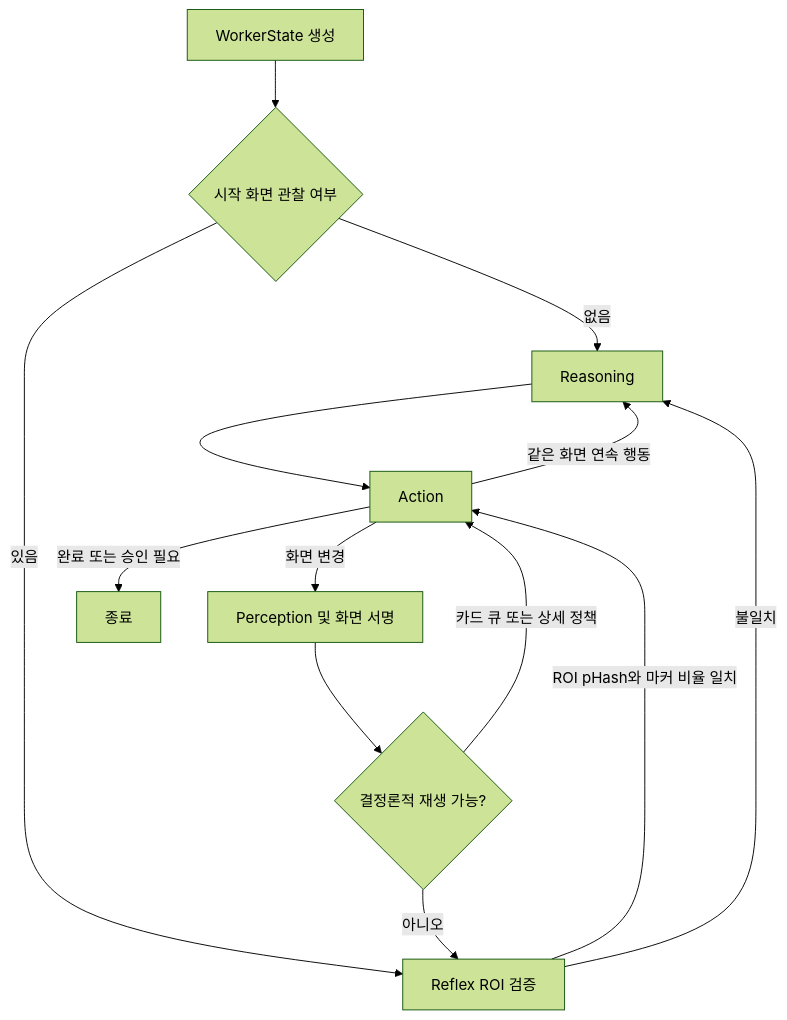
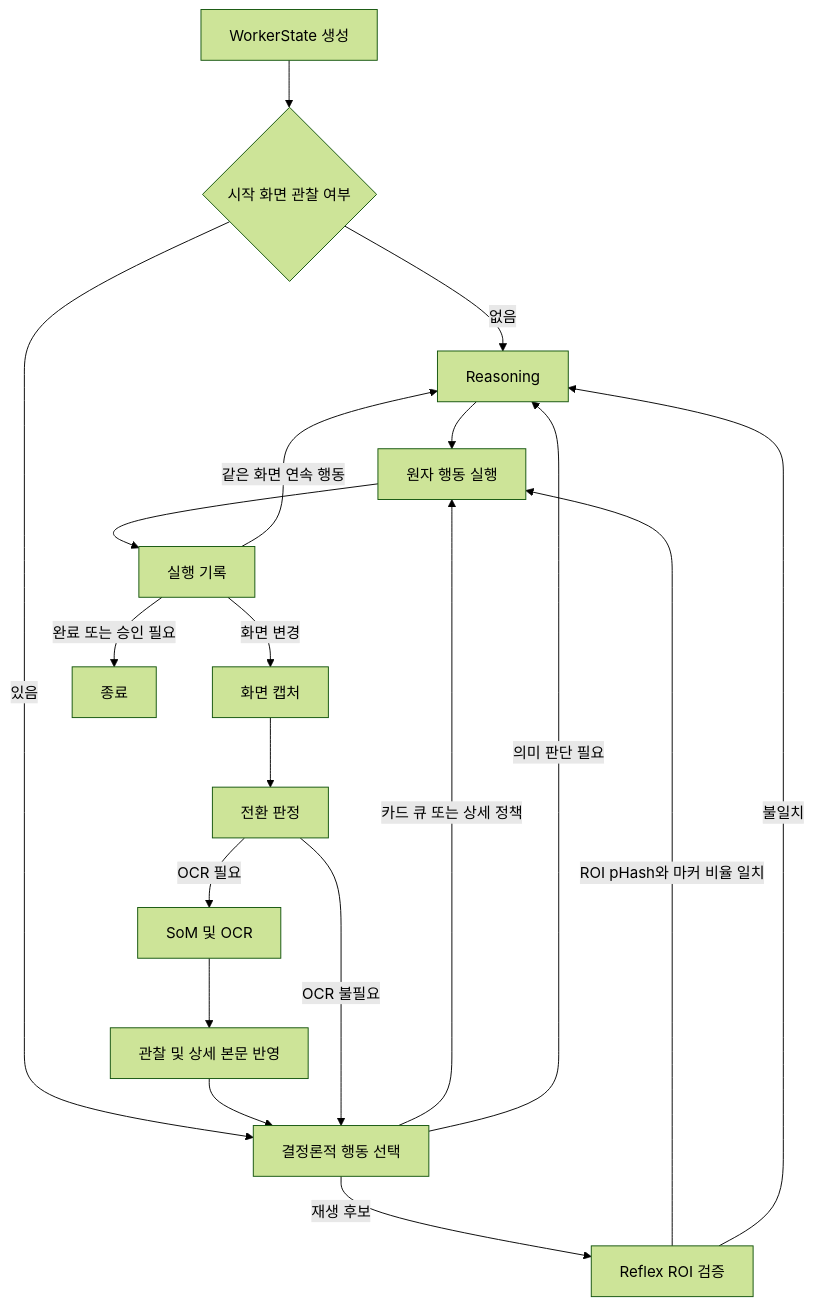
Before and after one commit to Dreamtreeme/L2C: the second of 2 diagrams in ARCHITECTURE.md, drawn with Mermaid (forest theme). The commit also changed other lines of this file and 157 other files, not shown here.

````diff
--- a/ARCHITECTURE.md
+++ b/ARCHITECTURE.md
@@ -48,15 +49,21 @@
 ```mermaid
 flowchart TD
     S[WorkerState 생성] --> START{시작 화면 관찰 여부}
     START -->|없음| REASON[Reasoning]
-    START -->|있음| REFLEX[Reflex ROI 검증]
-    PERCEPTION[Perception 및 화면 서명] --> POLICY{결정론적 재생 가능?}
-    POLICY -->|카드 큐 또는 상세 정책| ACTION[Action]
-    POLICY -->|아니오| REFLEX
+    START -->|있음| SELECT[결정론적 행동 선택]
+    CAPTURE[화면 캡처] --> TRANSITION[전환 판정]
+    TRANSITION -->|OCR 필요| OCR[SoM 및 OCR]
+    OCR --> COLLECT[관찰 및 상세 본문 반영]
+    COLLECT --> SELECT
+    TRANSITION -->|OCR 불필요| SELECT
+    SELECT -->|카드 큐 또는 상세 정책| ACTION[원자 행동 실행]
+    SELECT -->|재생 후보| REFLEX[Reflex ROI 검증]
+    SELECT -->|의미 판단 필요| REASON
     REFLEX -->|ROI pHash와 마커 비율 일치| ACTION
     REFLEX -->|불일치| REASON
     REASON --> ACTION
-    ACTION -->|화면 변경| PERCEPTION
-    ACTION -->|같은 화면 연속 행동| REASON
-    ACTION -->|완료 또는 승인 필요| END[종료]
+    ACTION --> RECORD[실행 기록]
+    RECORD -->|화면 변경| CAPTURE
+    RECORD -->|같은 화면 연속 행동| REASON
+    RECORD -->|완료 또는 승인 필요| END[종료]
 ```
````
